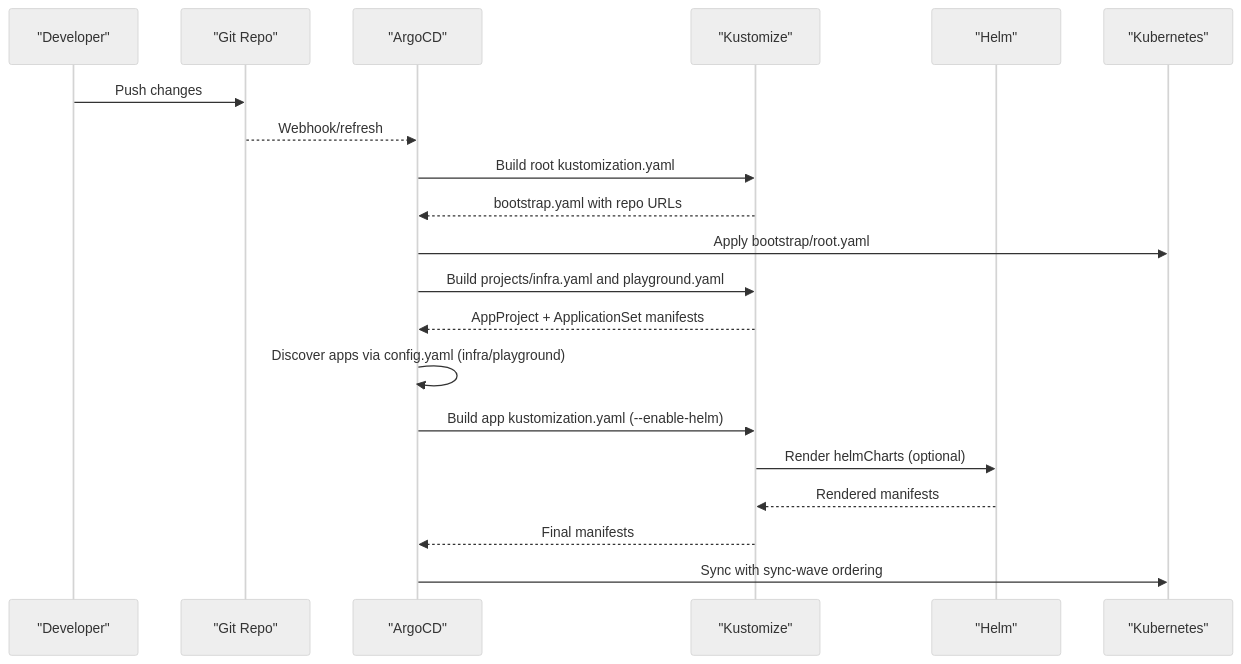
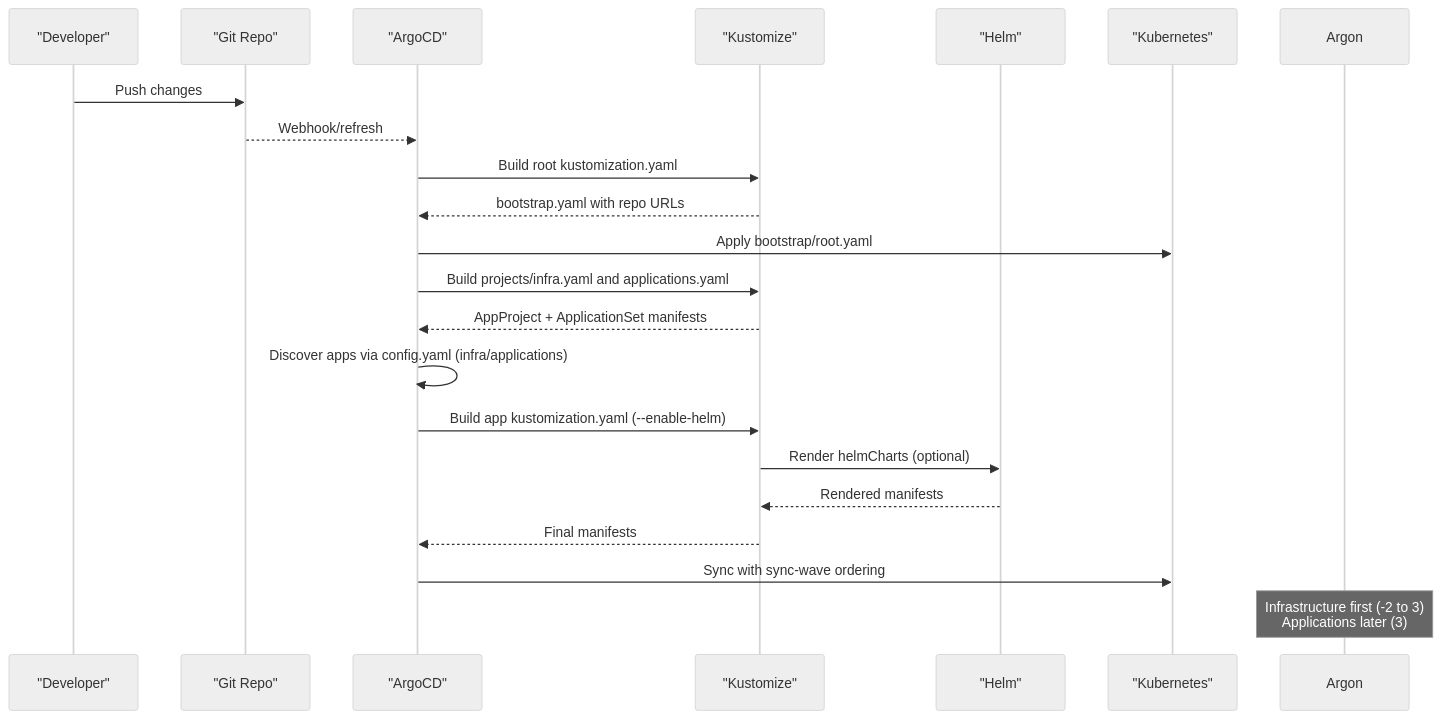
Before and after one commit to Hoangvu75/k8s_manifest: the second of 3 diagrams in .qoder/repowiki/en/content/Application Configuration/Application Structure and Organization.md, drawn with Mermaid (neutral theme). The commit also changed other lines of this file and 24 other files, not shown here.

````diff
--- a/.qoder/repowiki/en/content/Application Configuration/Application Structure and Organization.md
+++ b/.qoder/repowiki/en/content/Application Configuration/Application Structure and Organization.md
@@ -104,22 +120,23 @@
 ```mermaid
 sequenceDiagram
 participant Dev as "Developer"
 participant Repo as "Git Repo"
 participant Argo as "ArgoCD"
 participant KS as "Kustomize"
 participant Helm as "Helm"
 participant K8s as "Kubernetes"
 Dev->>Repo : Push changes
 Repo-->>Argo : Webhook/refresh
 Argo->>KS : Build root kustomization.yaml
 KS-->>Argo : bootstrap.yaml with repo URLs
 Argo->>K8s : Apply bootstrap/root.yaml
-Argo->>KS : Build projects/infra.yaml and playground.yaml
+Argo->>KS : Build projects/infra.yaml and applications.yaml
 KS-->>Argo : AppProject + ApplicationSet manifests
-Argo->>Argo : Discover apps via config.yaml (infra/playground)
+Argo->>Argo : Discover apps via config.yaml (infra/applications)
 Argo->>KS : Build app kustomization.yaml (--enable-helm)
 KS->>Helm : Render helmCharts (optional)
 Helm-->>KS : Rendered manifests
 KS-->>Argo : Final manifests
 Argo->>K8s : Sync with sync-wave ordering
+Note over Argon : Infrastructure first (-2 to 3)<br/>Applications later (3)
 ```
````
